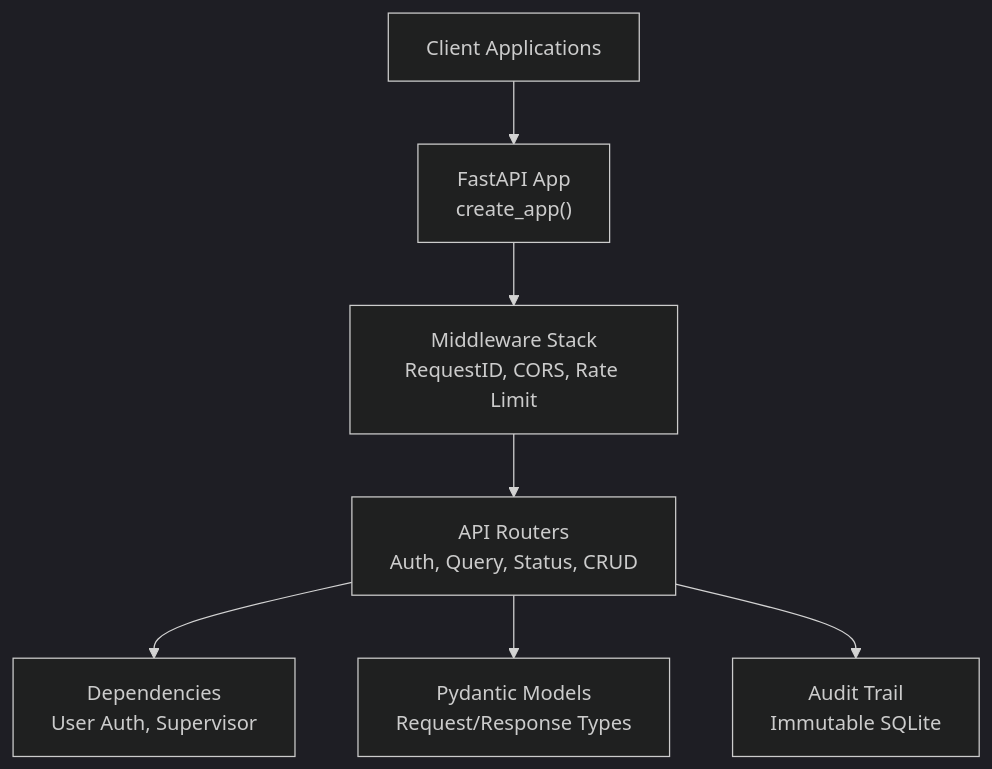
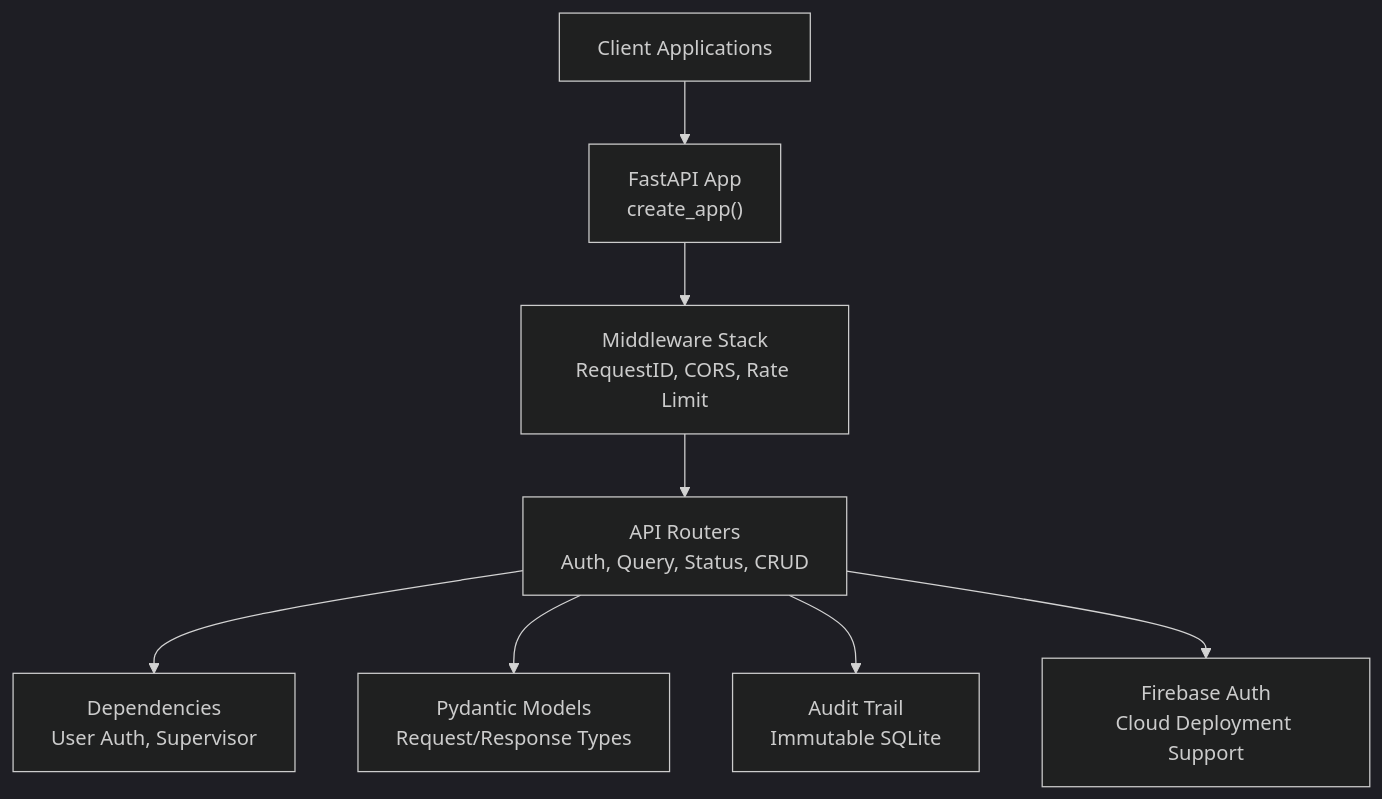
The first of 2 diagrams in .qoder/repowiki/en/content/API Reference/API Reference.md (infamous-rebel/CareBridge), drawn with Mermaid (dark theme) before and after one commit. The commit also changed other lines of this file and 6 other files, not shown here.

Commit message:
Fix: empty-list handling for appointments + correct boolean schema for medications

````diff
--- a/.qoder/repowiki/en/content/API Reference/API Reference.md
+++ b/.qoder/repowiki/en/content/API Reference/API Reference.md
@@ -66,16 +67,18 @@
 ```mermaid
 graph TB
 Client["Client Applications"]
 Main["FastAPI App<br/>create_app()"]
 Middleware["Middleware Stack<br/>RequestID, CORS, Rate Limit"]
 Routers["API Routers<br/>Auth, Query, Status, CRUD"]
 Dependencies["Dependencies<br/>User Auth, Supervisor"]
 Schemas["Pydantic Models<br/>Request/Response Types"]
 Audit["Audit Trail<br/>Immutable SQLite"]
+Firebase["Firebase Auth<br/>Cloud Deployment Support"]
 Client --> Main
 Main --> Middleware
 Middleware --> Routers
 Routers --> Dependencies
 Routers --> Schemas
 Routers --> Audit
+Routers --> Firebase
 ```
````
